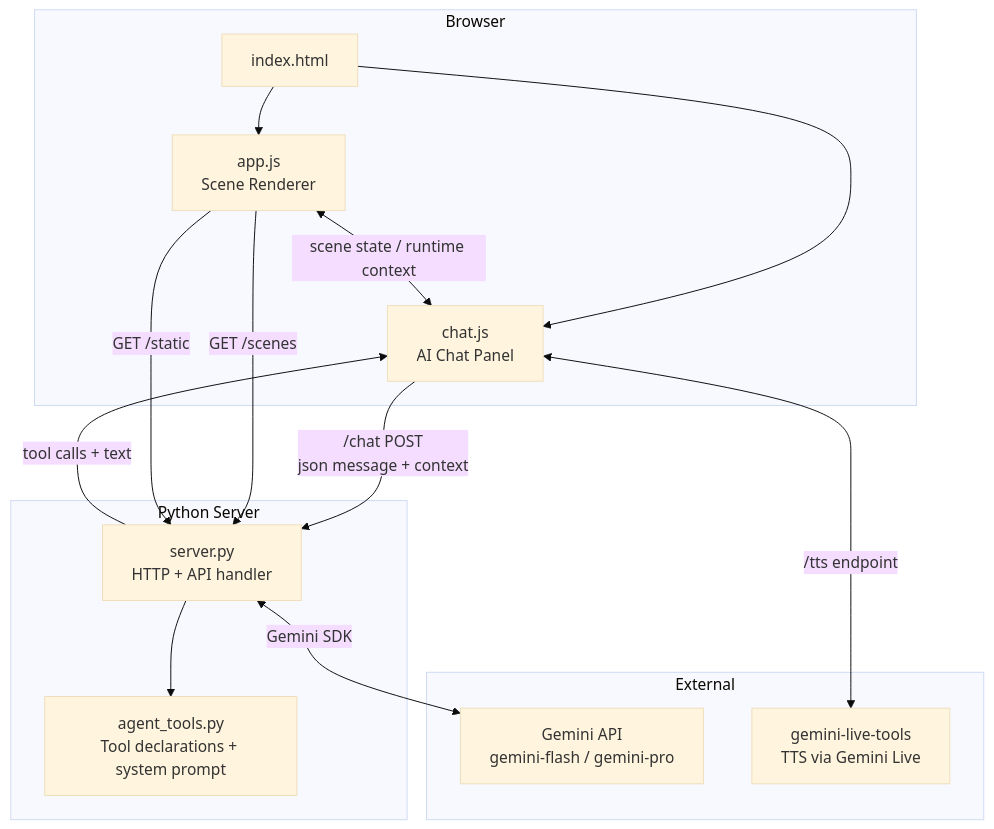
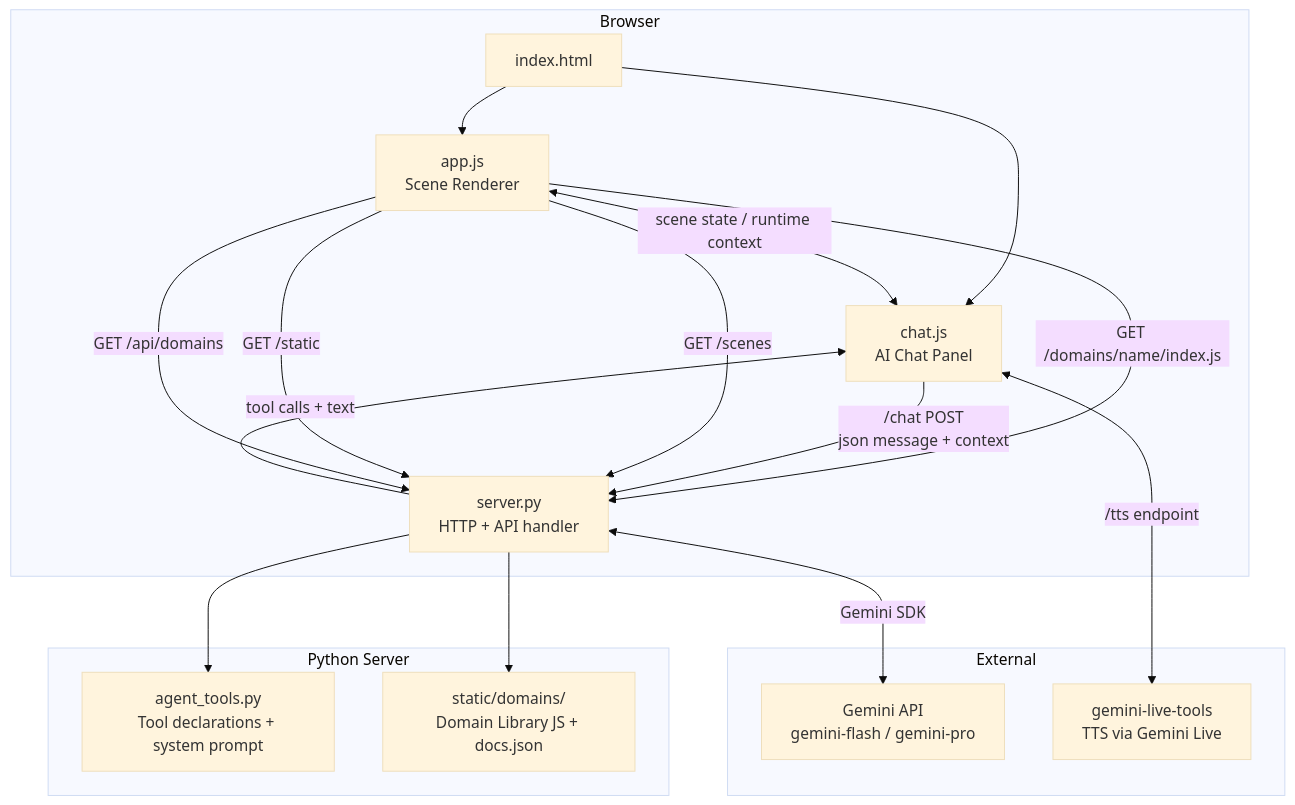
The diagram in docs/architecture.md (ibenian/algebench), drawn with Mermaid (base theme) before and after one commit. The commit also changed other lines of this file, not shown here.

First line of the commit message:
docs: update architecture with domain library system and API endpoints

````diff
--- a/docs/architecture.md
+++ b/docs/architecture.md
@@ -28,27 +28,31 @@
 ```mermaid
 flowchart TD
     subgraph Browser
         A[index.html]
         A --> B[app.js\nScene Renderer]
         A --> C[chat.js\nAI Chat Panel]
         B <-->|scene state / runtime context| C
+        B -->|GET /domains/name/index.js| D
     end
 
     subgraph Python Server
         D[server.py\nHTTP + API handler]
         E[agent_tools.py\nTool declarations + system prompt]
+        H[static/domains/\nDomain Library JS + docs.json]
         D --> E
+        D --> H
     end
 
     subgraph External
         F[Gemini API\ngemini-flash / gemini-pro]
         G[gemini-live-tools\nTTS via Gemini Live]
     end
 
     C -->|/chat POST\njson message + context| D
     D -->|tool calls + text| C
     D <-->|Gemini SDK| F
     C <-->|/tts endpoint| G
     B -->|GET /scenes| D
     B -->|GET /static| D
+    B -->|GET /api/domains| D
 ```
````
